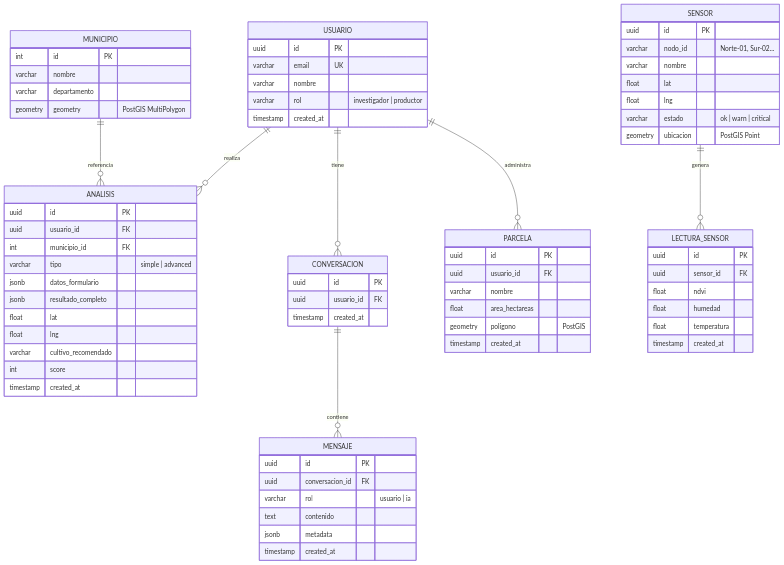
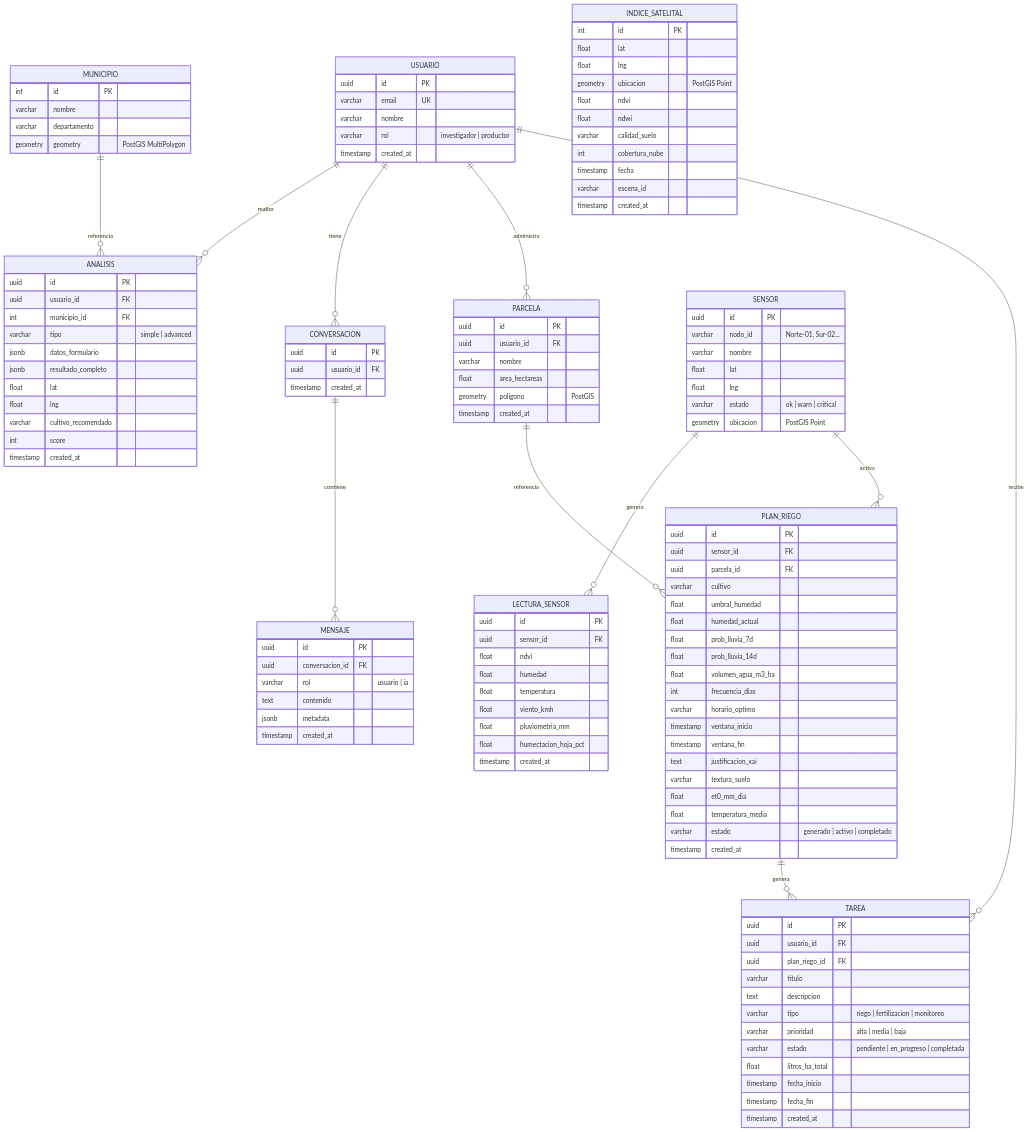
One commit to jab16jy/TechCamp changed the first of 3 diagrams in docs/2-backend/ARQUITECTURA_BACKEND.md. Above: the diagram before and after it, drawn with Mermaid. The commit also changed other lines of this file and 29 other files, not shown here.

````diff
--- a/docs/2-backend/ARQUITECTURA_BACKEND.md
+++ b/docs/2-backend/ARQUITECTURA_BACKEND.md
@@ -123,8 +157,15 @@
     USUARIO ||--o{ ANALISIS : realiza
     USUARIO ||--o{ CONVERSACION : tiene
     USUARIO ||--o{ PARCELA : administra
+    USUARIO ||--o{ TAREA : recibe
 
     MUNICIPIO ||--o{ ANALISIS : referencia
+
+    SENSOR ||--o{ LECTURA_SENSOR : genera
+    SENSOR ||--o{ PLAN_RIEGO : activa
+
+    PLAN_RIEGO ||--o{ TAREA : genera
+    PARCELA ||--o{ PLAN_RIEGO : referencia
 
     ANALISIS {
         uuid id PK
@@ -159,13 +200,29 @@
         geometry ubicacion "PostGIS Point"
     }
 
-    SENSOR ||--o{ LECTURA_SENSOR : genera
     LECTURA_SENSOR {
         uuid id PK
         uuid sensor_id FK
         float ndvi
         float humedad
         float temperatura
+        float viento_kmh
+        float pluviometria_mm
+        float humectacion_hoja_pct
+        timestamp created_at
+    }
+
+    INDICE_SATELITAL {
+        int id PK
+        float lat
+        float lng
+        geometry ubicacion "PostGIS Point"
+        float ndvi
+        float ndwi
+        varchar calidad_suelo
+        int cobertura_nube
+        timestamp fecha
+        varchar escena_id
         timestamp created_at
     }
 
@@ -199,4 +256,41 @@
         varchar rol "investigador | productor"
         timestamp created_at
     }
+
+    PLAN_RIEGO {
+        uuid id PK
+        uuid sensor_id FK
+        uuid parcela_id FK
+        varchar cultivo
+        float umbral_humedad
+        float humedad_actual
+        float prob_lluvia_7d
+        float prob_lluvia_14d
+        float volumen_agua_m3_ha
+        int frecuencia_dias
+        varchar horario_optimo
+        timestamp ventana_inicio
+        timestamp ventana_fin
+        text justificacion_xai
+        varchar textura_suelo
+        float et0_mm_dia
+        float temperatura_media
+        varchar estado "generado | activo | completado"
+        timestamp created_at
+    }
+
+    TAREA {
+        uuid id PK
+        uuid usuario_id FK
+        uuid plan_riego_id FK
+        varchar titulo
+        text descripcion
+        varchar tipo "riego | fertilizacion | monitoreo"
+        varchar prioridad "alta | media | baja"
+        varchar estado "pendiente | en_progreso | completada"
+        float litros_ha_total
+        timestamp fecha_inicio
+        timestamp fecha_fin
+        timestamp created_at
+    }
 ```
````
